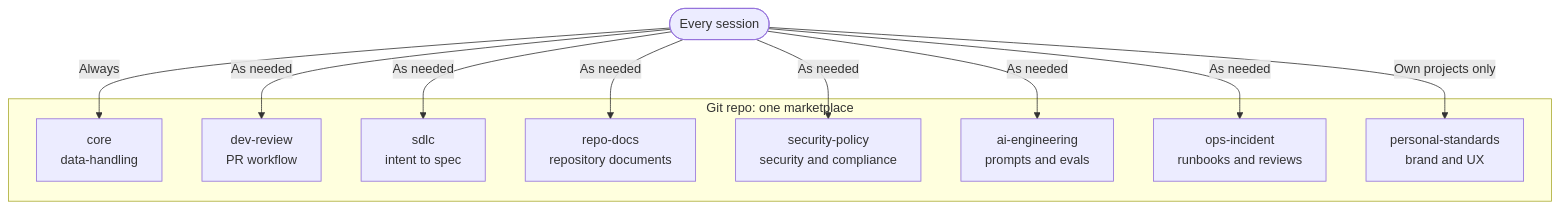
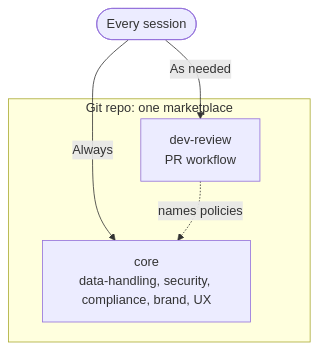
One commit to JosephSearle/personal-claude-plugins changed the diagram in README.md. Above: the diagram before and after it, drawn with Mermaid. The commit also changed other lines of this file and 61 other files, not shown here.

First line of the commit message:
refactor: move policies into core, keep core and dev-review only

````diff
--- a/README.md
+++ b/README.md
@@ -68,21 +62,10 @@
 ```mermaid
 flowchart TB
     subgraph repo["Git repo: one marketplace"]
-        core["core<br/>data-handling"]
+        core["core<br/>data-handling, security, compliance, brand, UX"]
         dev["dev-review<br/>PR workflow"]
-        sdlc["sdlc<br/>intent to spec"]
-        docs["repo-docs<br/>repository documents"]
-        sec["security-policy<br/>security and compliance"]
-        ai["ai-engineering<br/>prompts and evals"]
-        ops["ops-incident<br/>runbooks and reviews"]
-        std["personal-standards<br/>brand and UX"]
     end
     all(["Every session"]) -->|Always| core
     all -->|As needed| dev
-    all -->|As needed| sdlc
-    all -->|As needed| docs
-    all -->|As needed| sec
-    all -->|As needed| ai
-    all -->|As needed| ops
-    all -->|Own projects only| std
+    dev -.->|"names policies"| core
 ```
````
